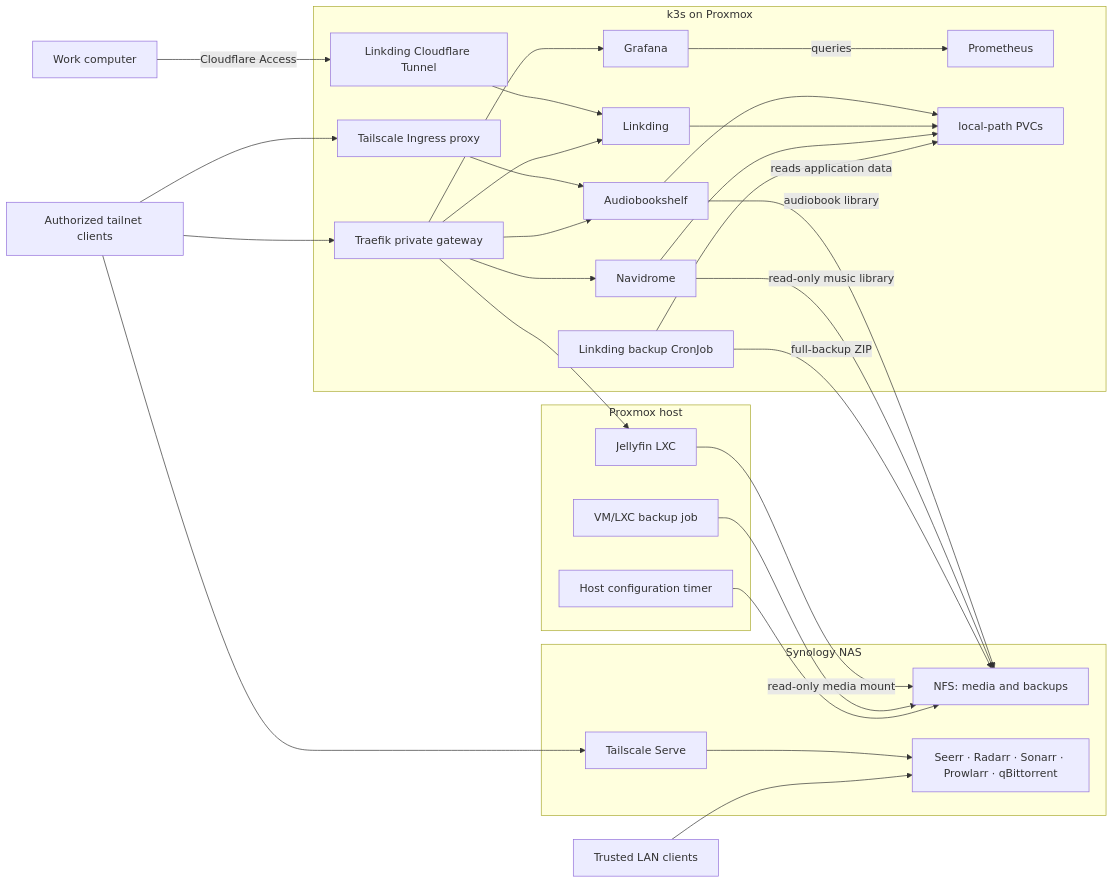
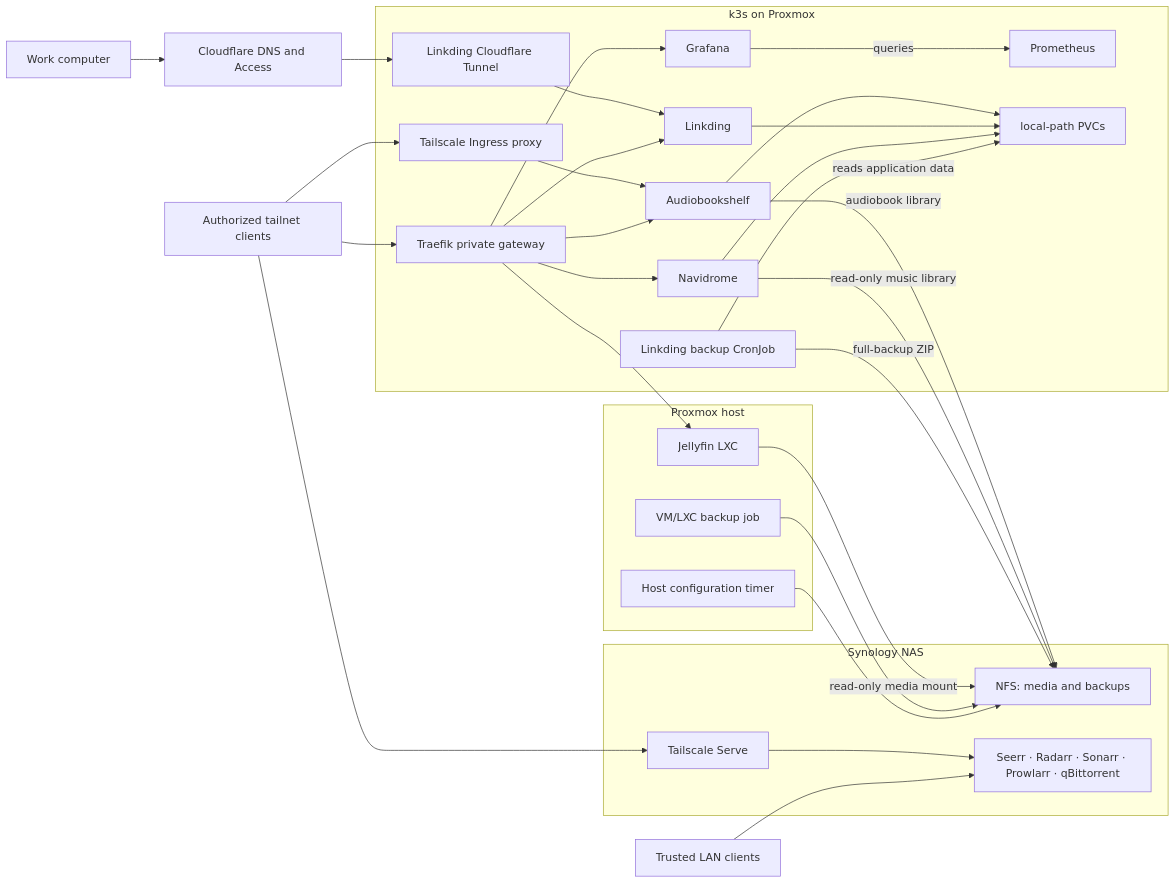
The second of 2 diagrams in README.md (vitaly-guzun/homelab), drawn with Mermaid before and after one commit. The commit also changed other lines of this file and 2 other files, not shown here.

````diff
--- a/README.md
+++ b/README.md
@@ -81,54 +87,55 @@
 ```mermaid
 flowchart LR
     WorkComputer["Work computer"]
     Tailnet["Authorized tailnet clients"]
     LAN["Trusted LAN clients"]
+    CloudflareAccess["Cloudflare DNS and Access"]
 
     subgraph K3s["k3s on Proxmox"]
         Cloudflared["Linkding Cloudflare Tunnel"]
         TSIngress["Tailscale Ingress proxy"]
         Gateway["Traefik private gateway"]
         Audiobookshelf["Audiobookshelf"]
         Linkding["Linkding"]
         Navidrome["Navidrome"]
         Grafana["Grafana"]
         Prometheus["Prometheus"]
         LocalPVC["local-path PVCs"]
         LinkdingBackup["Linkding backup CronJob"]
     end
 
     subgraph Proxmox["Proxmox host"]
         Jellyfin["Jellyfin LXC"]
         GuestBackup["VM/LXC backup job"]
         ConfigBackup["Host configuration timer"]
     end
 
     subgraph NAS["Synology NAS"]
         NFS["NFS: media and backups"]
         Media["Seerr · Radarr · Sonarr · Prowlarr · qBittorrent"]
         TSServe["Tailscale Serve"]
     end
 
-    WorkComputer -->|"Cloudflare Access"| Cloudflared --> Linkding
+    WorkComputer --> CloudflareAccess --> Cloudflared --> Linkding
     Tailnet --> TSIngress
     TSIngress --> Audiobookshelf
     Tailnet --> Gateway
     Gateway --> Audiobookshelf
     Gateway --> Linkding
     Gateway --> Navidrome
     Gateway --> Grafana
     Gateway --> Jellyfin
     Tailnet --> TSServe --> Media
     LAN --> Media
     Audiobookshelf --> LocalPVC
     Linkding --> LocalPVC
     Navidrome --> LocalPVC
     Audiobookshelf -->|"audiobook library"| NFS
     Navidrome -->|"read-only music library"| NFS
     Grafana -->|"queries"| Prometheus
     Jellyfin -->|"read-only media mount"| NFS
     LinkdingBackup -->|"reads application data"| LocalPVC
     LinkdingBackup -->|"full-backup ZIP"| NFS
     GuestBackup --> NFS
     ConfigBackup --> NFS
 ```
````
